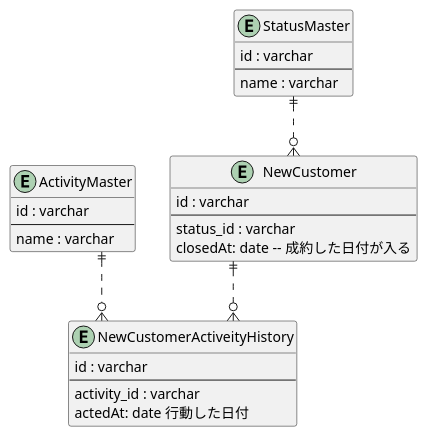
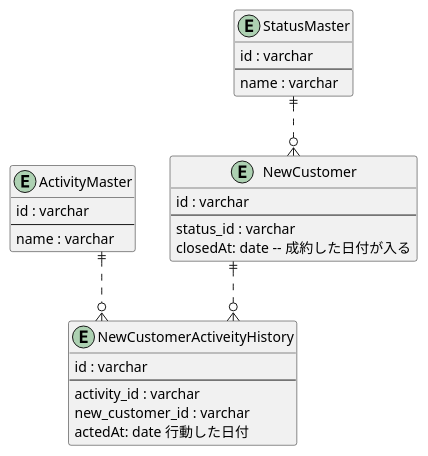
Before and after one commit to kai815/PrAhaChallenge: the diagram in db/anti-pattern/five/answer.pu, drawn with PlantUML. The commit also changed 1 other file, not shown here.

```diff
--- a/db/anti-pattern/five/answer.pu
+++ b/db/anti-pattern/five/answer.pu
@@ -1,37 +1,38 @@
 @startuml
 
 
 ' avoid problems with angled crows feet
 skinparam linetype ortho
 
 entity "NewCustomer" as nc {
   id : varchar
   --
   status_id : varchar
   closedAt: date -- 成約した日付が入る
 }
 
 entity "NewCustomerActiveityHistory" as ncah {
   id : varchar
   --
   activity_id : varchar
+  new_customer_id : varchar
   actedAt: date 行動した日付
 }
 
 entity "ActivityMaster" as am {
   id : varchar
   --
   name : varchar
 }
 
 entity "StatusMaster" as sm {
   id : varchar
   --
   name : varchar
 }
 
 
 nc ||..o{ ncah
 am ||..o{ ncah
 sm ||..o{ nc
 @enduml
```
